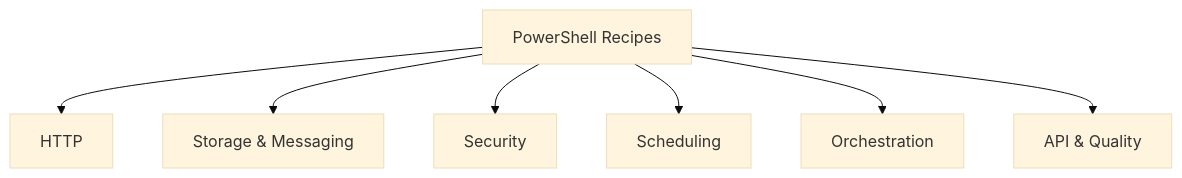
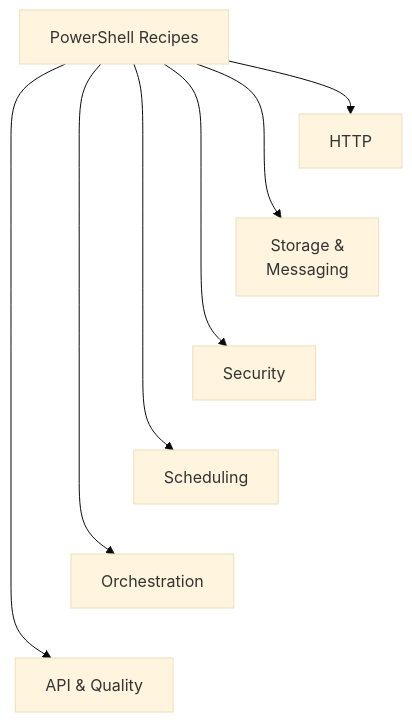
The diagram in docs/language-guides/powershell/recipes/index.md (yeongseon/azure-functions-practical-guide), drawn with Mermaid (base theme) before and after one commit. The commit also changed other lines of this file and 1 other file, not shown here.

Commit message:
docs(diagrams): improve PowerShell recipe navigation readability (#528)
* docs(diagrams): improve PowerShell recipe navigation readability

Preserve all recipe categories and relationships while adding accessible context
and nonsemantic vertical layout constraints.

Refs #354

* docs(diagrams): record PowerShell recipe migration evidence

Refresh only the owned recipe navigation record using the inventory scanner.
Preserve unrelated records and aggregate totals.

Refs #354

---------

````diff
--- a/docs/language-guides/powershell/recipes/index.md
+++ b/docs/language-guides/powershell/recipes/index.md
@@ -20,9 +20,17 @@
 ```mermaid
 graph TD
+    accTitle: PowerShell recipe page categories
+    accDescr: Maps this guide's recipe pages, not an Azure architecture. PowerShell Recipes branches to HTTP, Storage and Messaging, Security, Scheduling, Orchestration, and API and Quality; arrows indicate page categories, not service connections.
     A[PowerShell Recipes] --> B[HTTP]
-    A --> C[Storage & Messaging]
+    A --> C["Storage &<br/>Messaging"]
     A --> D[Security]
     A --> E[Scheduling]
     A --> F[Orchestration]
     A --> G[API & Quality]
+    %% Layout-only links tier categories; they add no navigation relationships or arrows.
+    B ~~~ C
+    C ~~~ D
+    D ~~~ E
+    E ~~~ F
+    F ~~~ G
 ```
````
